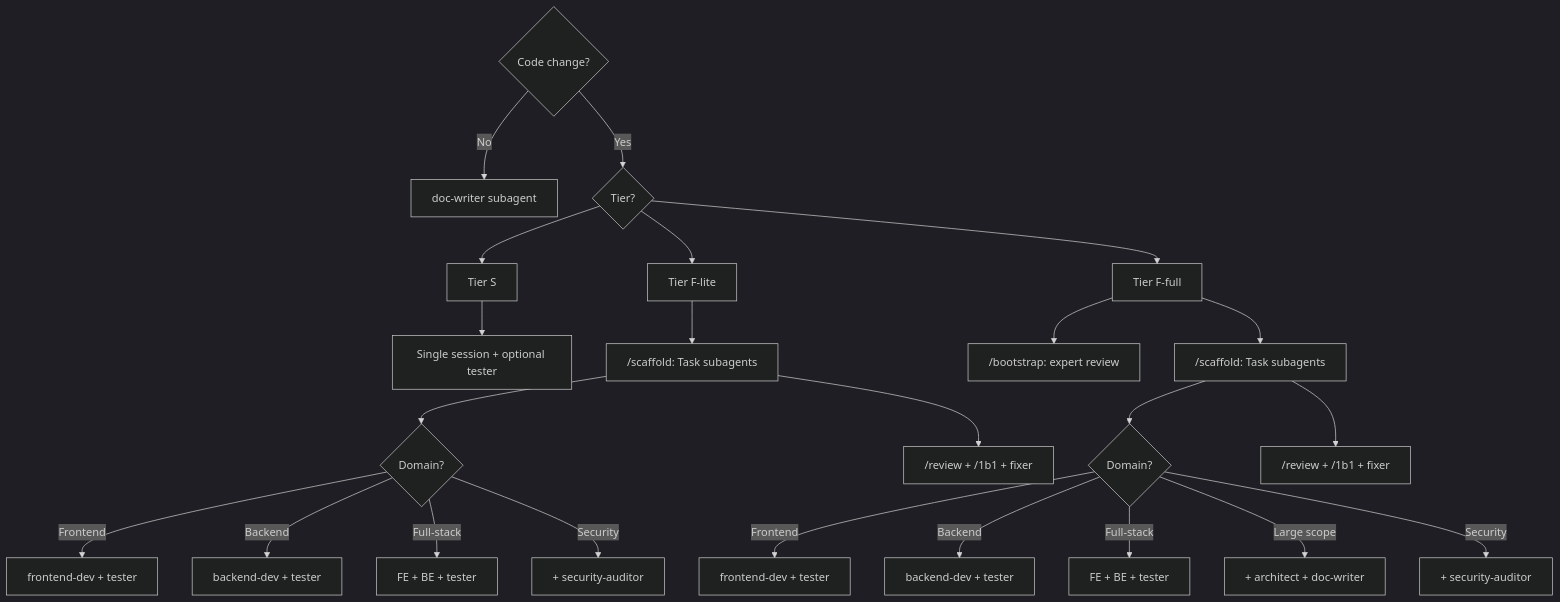
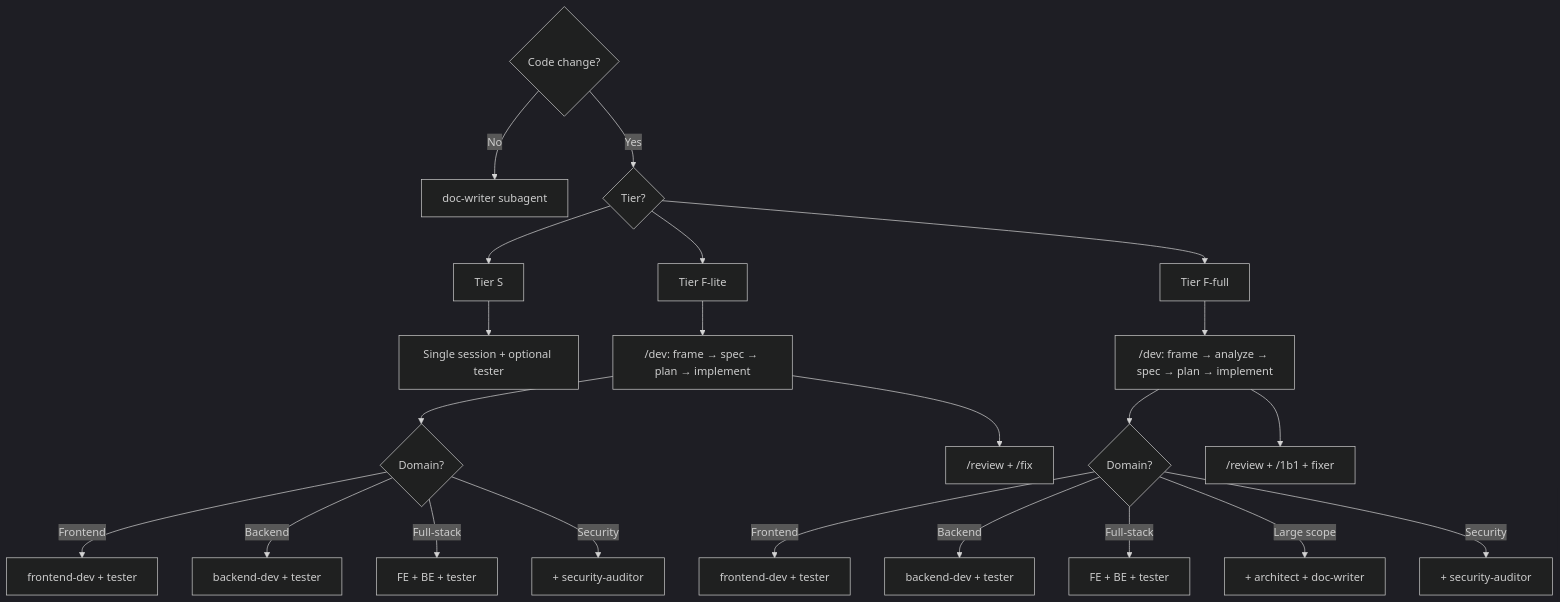
Before and after one commit to MickaelV0/roxabi_boilerplate: the first of 3 diagrams in docs/guides/agent-teams.mdx, drawn with Mermaid (dark theme). The commit also changed other lines of this file and 264 other files, not shown here.

````diff
--- a/docs/guides/agent-teams.mdx
+++ b/docs/guides/agent-teams.mdx
@@ -58,28 +58,27 @@
 ```mermaid
 flowchart TD
     Start{"Code change?"} -- No --> DocOnly["doc-writer subagent"]
     Start -- Yes --> Tier{"Tier?"}
 
     Tier --> S["Tier S"]
     S --> SSingle["Single session + optional tester"]
 
     Tier --> FL["Tier F-lite"]
-    FL --> FLScaffold["/scaffold: Task subagents"]
-    FLScaffold --> FLAgents{"Domain?"}
+    FL --> FLDev["/dev: frame → spec → plan → implement"]
+    FLDev --> FLAgents{"Domain?"}
     FLAgents -->|Frontend| FE1["frontend-dev + tester"]
     FLAgents -->|Backend| BE1["backend-dev + tester"]
     FLAgents -->|Full-stack| FS1["FE + BE + tester"]
     FLAgents -->|Security| SEC1["+ security-auditor"]
-    FLScaffold --> FLReview["/review + /1b1 + fixer"]
+    FLDev --> FLReview["/review + /fix"]
 
     Tier --> FF["Tier F-full"]
-    FF --> FFBoot["/bootstrap: expert review"]
-    FF --> FFScaffold["/scaffold: Task subagents"]
-    FFScaffold --> FFAgents{"Domain?"}
+    FF --> FFDev["/dev: frame → analyze → spec → plan → implement"]
+    FFDev --> FFAgents{"Domain?"}
     FFAgents -->|Frontend| FE2["frontend-dev + tester"]
     FFAgents -->|Backend| BE2["backend-dev + tester"]
     FFAgents -->|Full-stack| FS2["FE + BE + tester"]
     FFAgents -->|Large scope| LS["+ architect + doc-writer"]
     FFAgents -->|Security| SEC2["+ security-auditor"]
-    FFScaffold --> FFReview["/review + /1b1 + fixer"]
+    FFDev --> FFReview["/review + /1b1 + fixer"]
 ```
````
